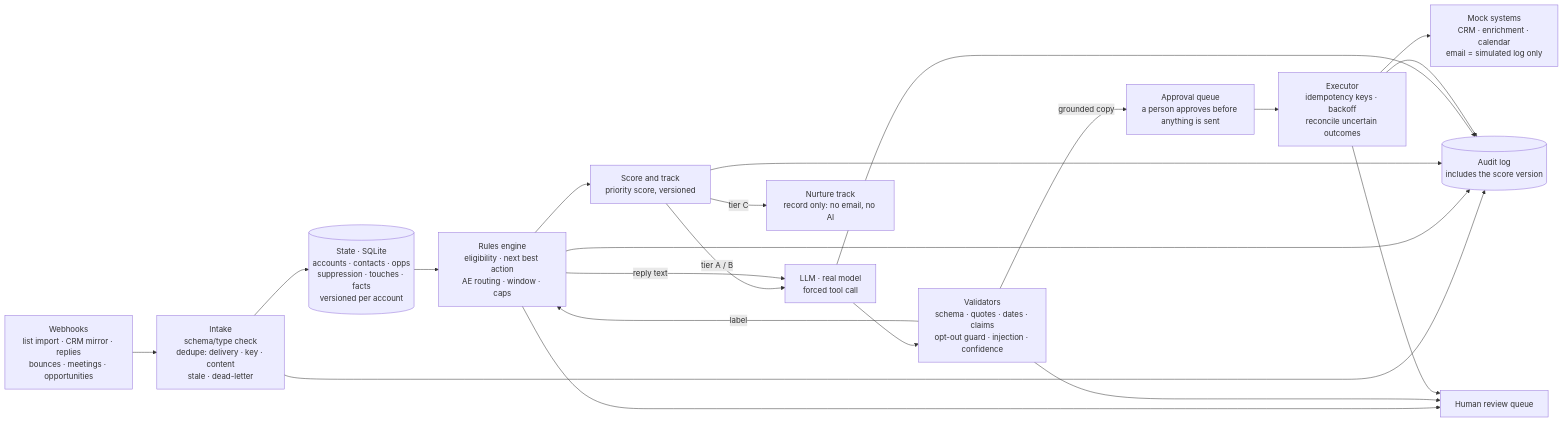
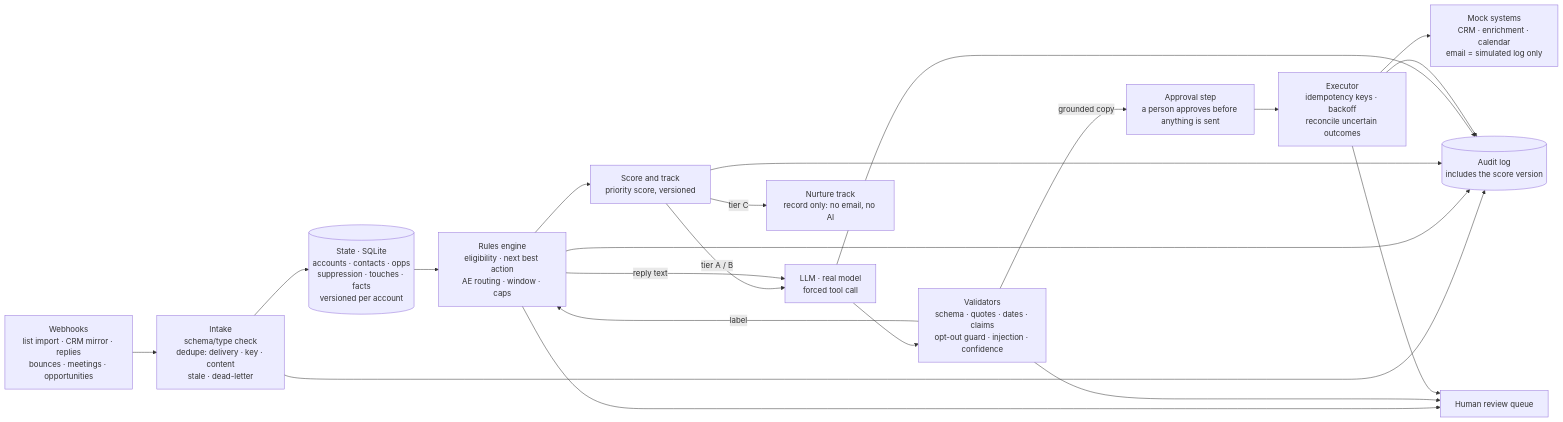
The diagram in growth-orchestrator/README.md (apogeoconsara/challengeclara), drawn with Mermaid before and after one commit. The commit also changed other lines of this file and 10 other files, not shown here.

````diff
--- a/growth-orchestrator/README.md
+++ b/growth-orchestrator/README.md
@@ -42,19 +39,19 @@
 ```mermaid
 flowchart LR
   W[Webhooks<br/>list import · CRM mirror · replies<br/>bounces · meetings · opportunities] --> I[Intake<br/>schema/type check<br/>dedupe: delivery · key · content<br/>stale · dead-letter]
   I --> S[(State · SQLite<br/>accounts · contacts · opps<br/>suppression · touches · facts<br/>versioned per account)]
   S --> R[Rules engine<br/>eligibility · next best action<br/>AE routing · window · caps]
   R --> SC[Score and track<br/>priority score, versioned]
   SC -- tier A / B --> L[LLM · real model<br/>forced tool call]
   SC -- tier C --> N[Nurture track<br/>record only: no email, no AI]
   R -- reply text --> L
   L --> V[Validators<br/>schema · quotes · dates · claims<br/>opt-out guard · injection · confidence]
   V -- label --> R
-  V -- grounded copy --> AP[Approval queue<br/>a person approves before anything is sent]
+  V -- grounded copy --> AP[Approval step<br/>a person approves before anything is sent]
   AP --> X[Executor<br/>idempotency keys · backoff<br/>reconcile uncertain outcomes]
   X --> M[Mock systems<br/>CRM · enrichment · calendar<br/>email = simulated log only]
   R --> H[Human review queue]
   V --> H
   X --> H
   I & R & SC & L & X --> A[(Audit log<br/>includes the score version)]
 ```
````
